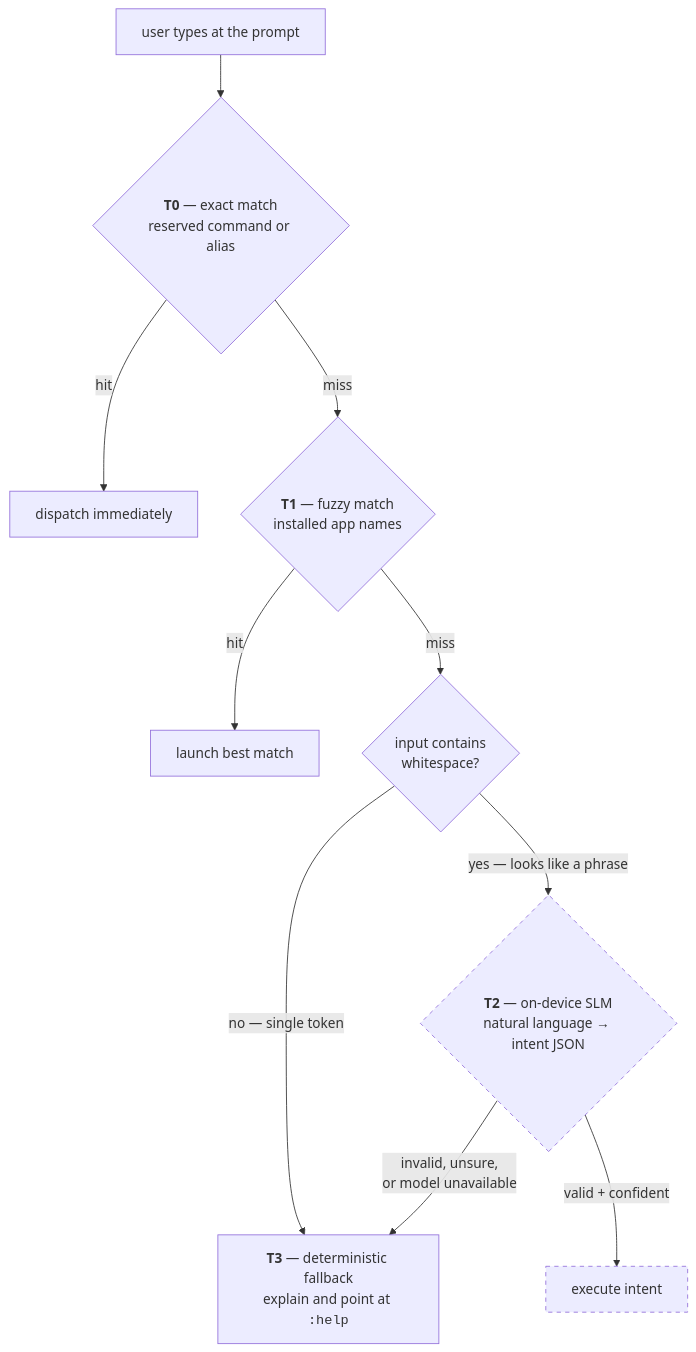
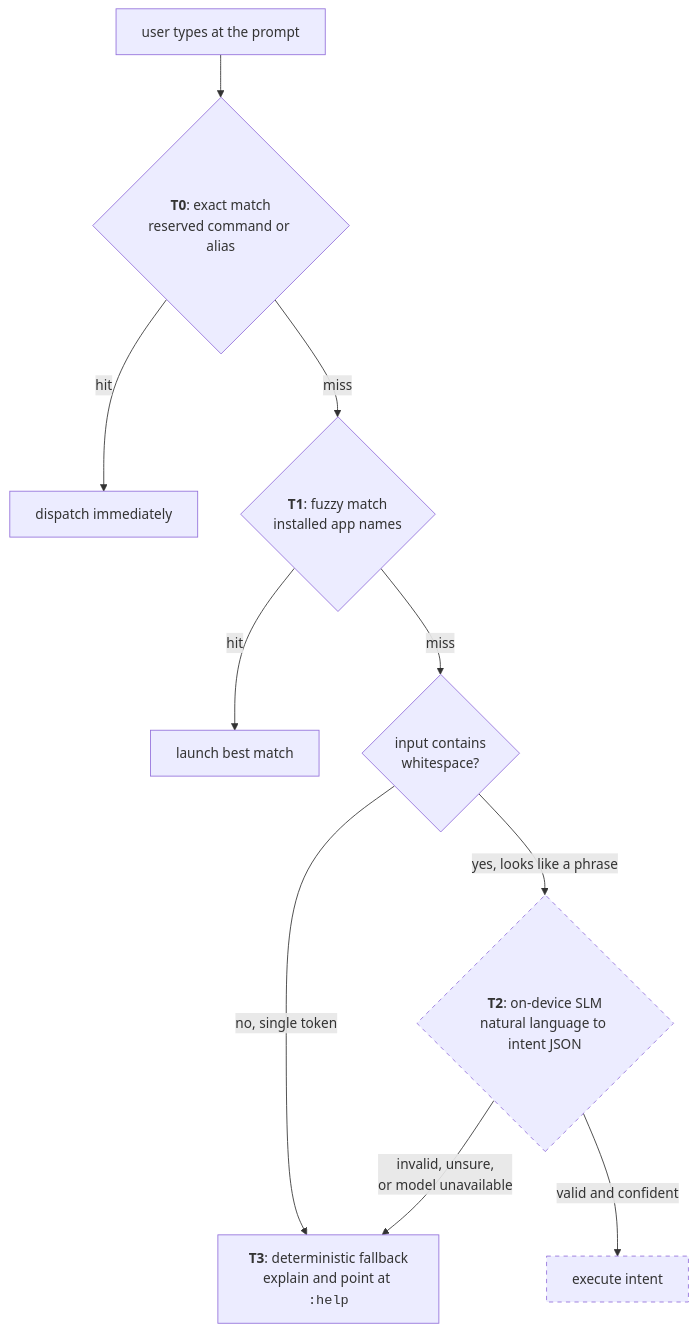
The diagram in website/android.md (flambeauRiverTours/dailyDriver), drawn with Mermaid before and after one commit. The commit also changed other lines of this file and 6 other files, not shown here.

````diff
--- a/website/android.md
+++ b/website/android.md
@@ -24,24 +24,24 @@
 ```mermaid
 flowchart TD
     I["user types at the prompt"] --> T0
 
-    T0{"<b>T0</b> — exact match<br/>reserved command or alias"}
+    T0{"<b>T0</b>: exact match<br/>reserved command or alias"}
     T0 -- "hit" --> D0["dispatch immediately"]
     T0 -- "miss" --> T1
 
-    T1{"<b>T1</b> — fuzzy match<br/>installed app names"}
+    T1{"<b>T1</b>: fuzzy match<br/>installed app names"}
     T1 -- "hit" --> D1["launch best match"]
     T1 -- "miss" --> G{"input contains<br/>whitespace?"}
 
-    G -- "no — single token" --> T3
-    G -- "yes — looks like a phrase" --> T2
+    G -- "no, single token" --> T3
+    G -- "yes, looks like a phrase" --> T2
 
-    T2{"<b>T2</b> — on-device SLM<br/>natural language → intent JSON"}
-    T2 -- "valid + confident" --> D2["execute intent"]
+    T2{"<b>T2</b>: on-device SLM<br/>natural language to intent JSON"}
+    T2 -- "valid and confident" --> D2["execute intent"]
     T2 -- "invalid, unsure,<br/>or model unavailable" --> T3
 
-    T3["<b>T3</b> — deterministic fallback<br/>explain and point at <code>:help</code>"]
+    T3["<b>T3</b>: deterministic fallback<br/>explain and point at <code>:help</code>"]
 
     style T2 stroke-dasharray: 5 5
     style D2 stroke-dasharray: 5 5
 ```
````
